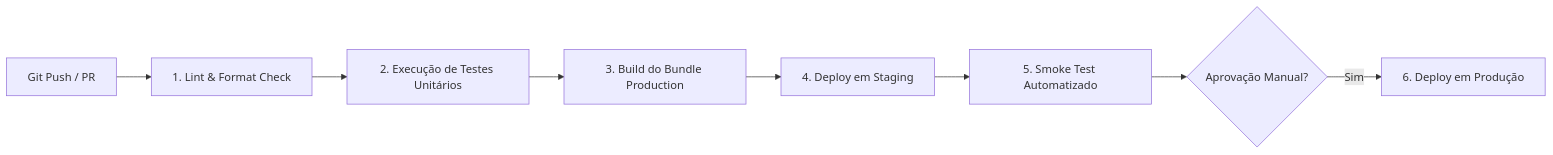
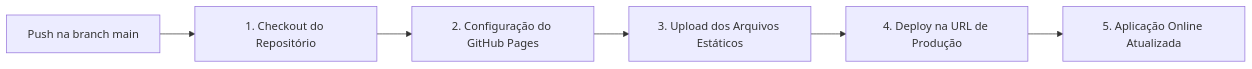
The diagram in docs/15-deploy.md (palmeirape-ATRIBUICOES/manuten-o), drawn with Mermaid before and after one commit. The commit also changed other lines of this file and 1 other file, not shown here.

Commit message:
ci(deploy): configura pipeline de deploy automatico em producao via GitHub Actions e GitHub Pages

````diff
--- a/docs/15-deploy.md
+++ b/docs/15-deploy.md
@@ -17,10 +16,8 @@
 ```mermaid
 graph LR
-    Push[Git Push / PR] --> Lint[1. Lint & Format Check]
-    Lint --> Test[2. Execução de Testes Unitários]
-    Test --> Build[3. Build do Bundle Production]
-    Build --> DeployStaging[4. Deploy em Staging]
-    DeployStaging --> SmokeTest[5. Smoke Test Automatizado]
-    SmokeTest --> Approval{Aprovação Manual?}
-    Approval -- Sim --> DeployProd[6. Deploy em Produção]
+    Commit[Push na branch main] --> Checkout[1. Checkout do Repositório]
+    Checkout --> SetupPages[2. Configuração do GitHub Pages]
+    SetupPages --> Artifact[3. Upload dos Arquivos Estáticos]
+    Artifact --> Deploy[4. Deploy na URL de Produção]
+    Deploy --> Live[5. Aplicação Online Atualizada]
 ```
````
